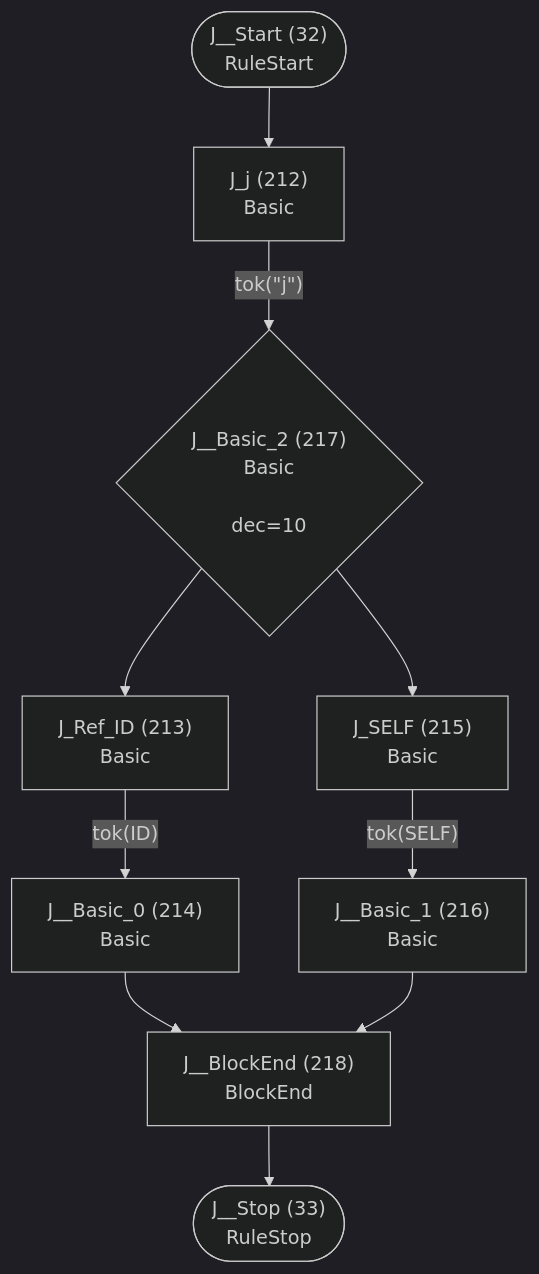
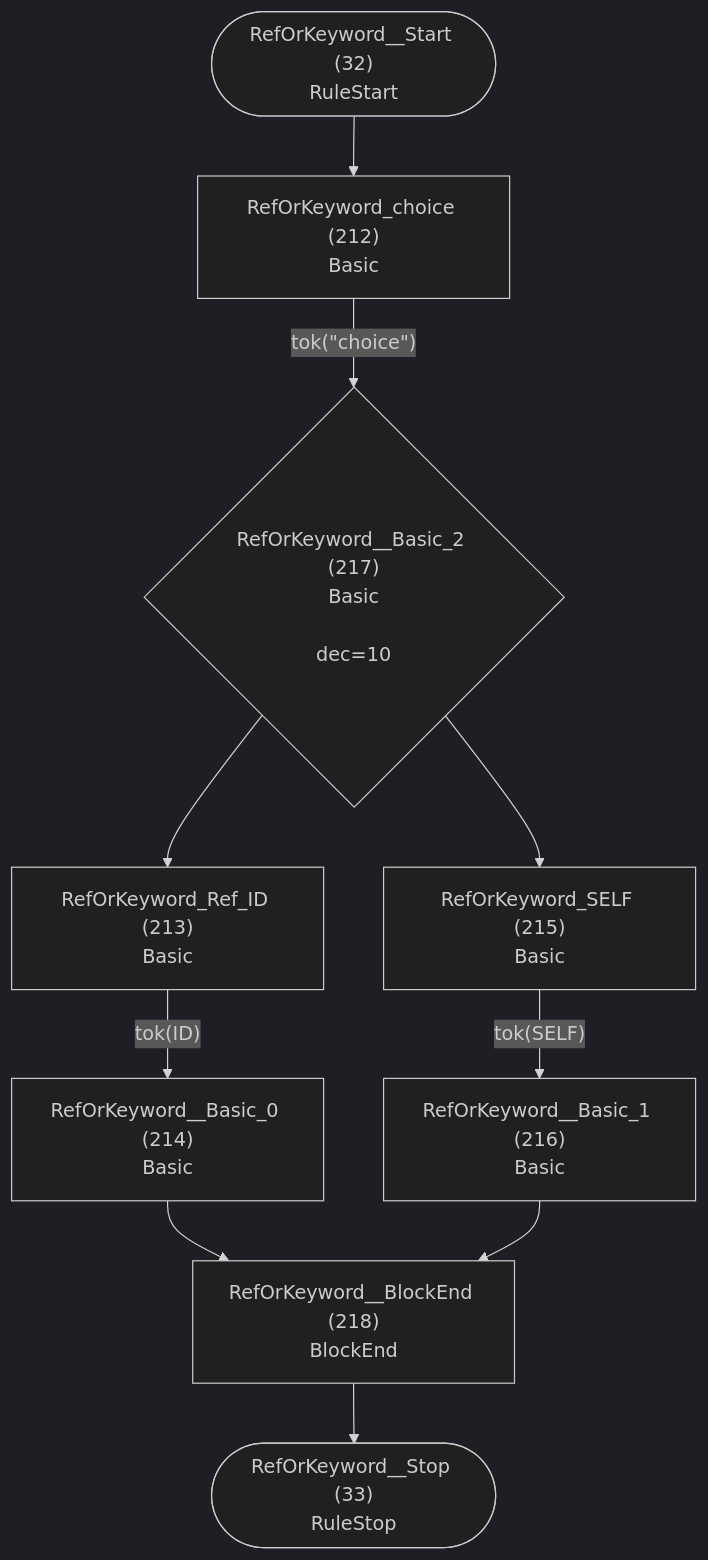
Before and after one commit to TypeFox/fastbelt: diagram 17 of 41 in internal/languages/completion/atn.md, drawn with Mermaid (dark theme). The commit also changed other lines of this file and 11 other files, not shown here.

````diff
--- a/internal/languages/completion/atn.md
+++ b/internal/languages/completion/atn.md
@@ -458,22 +458,22 @@
 ```mermaid
 flowchart TD
-    q32(["J__Start (32)<br/>RuleStart"])
-    q33(["J__Stop (33)<br/>RuleStop"])
-    q212["J_j (212)<br/>Basic<br/>"]
-    q213["J_Ref_ID (213)<br/>Basic<br/>"]
-    q214["J__Basic_0 (214)<br/>Basic<br/>"]
-    q215["J_SELF (215)<br/>Basic<br/>"]
-    q216["J__Basic_1 (216)<br/>Basic<br/>"]
-    q217{"J__Basic_2 (217)<br/>Basic<br/><br/>dec=10"}
-    q218["J__BlockEnd (218)<br/>BlockEnd<br/>"]
+    q32(["RefOrKeyword__Start (32)<br/>RuleStart"])
+    q33(["RefOrKeyword__Stop (33)<br/>RuleStop"])
+    q212["RefOrKeyword_choice (212)<br/>Basic<br/>"]
+    q213["RefOrKeyword_Ref_ID (213)<br/>Basic<br/>"]
+    q214["RefOrKeyword__Basic_0 (214)<br/>Basic<br/>"]
+    q215["RefOrKeyword_SELF (215)<br/>Basic<br/>"]
+    q216["RefOrKeyword__Basic_1 (216)<br/>Basic<br/>"]
+    q217{"RefOrKeyword__Basic_2 (217)<br/>Basic<br/><br/>dec=10"}
+    q218["RefOrKeyword__BlockEnd (218)<br/>BlockEnd<br/>"]
 
     q32 --> q212
-    q212 -->|"tok(&quot;j&quot;)"| q217
+    q212 -->|"tok(&quot;choice&quot;)"| q217
     q213 -->|"tok(ID)"| q214
     q214 --> q218
     q215 -->|"tok(SELF)"| q216
     q216 --> q218
     q217 --> q213
     q217 --> q215
     q218 --> q33
 ```
````
